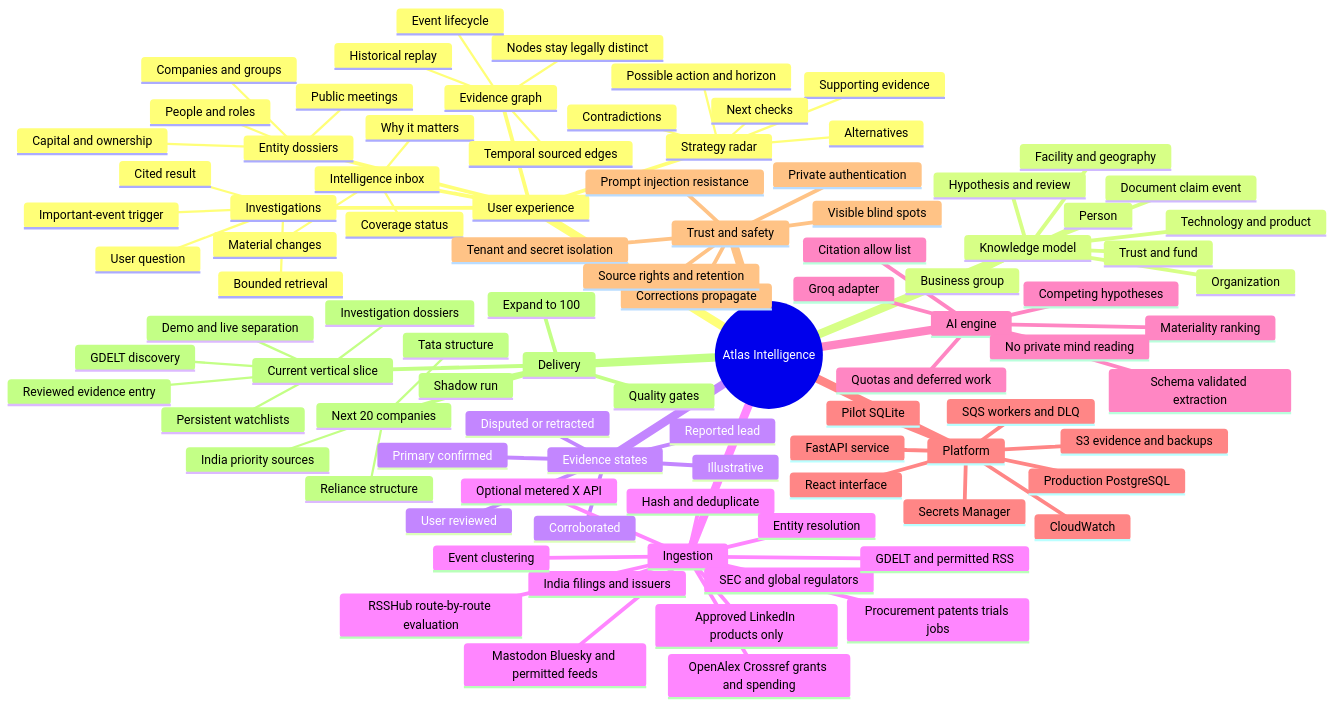
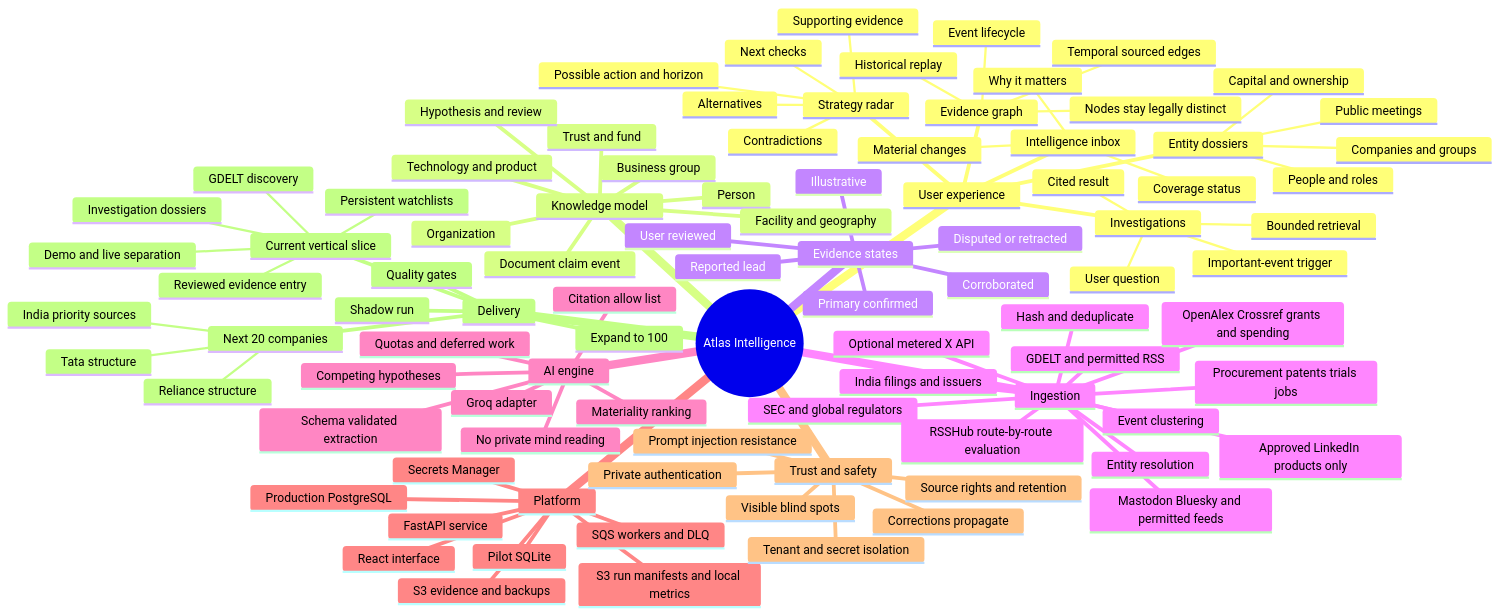
The first of 3 diagrams in docs/IMPLEMENTATION_MIND_MAP.md (techieguy-kartik/mind-map), drawn with Mermaid before and after one commit. The commit also changed 28 other files, not shown here.

Commit message:
Upgrade Atlas durable AWS agent architecture

```diff
--- a/docs/IMPLEMENTATION_MIND_MAP.md
+++ b/docs/IMPLEMENTATION_MIND_MAP.md
@@ -76,7 +76,7 @@
       SQS workers and DLQ
       S3 evidence and backups
       Secrets Manager
-      CloudWatch
+      S3 run manifests and local metrics
     Trust and safety
       Private authentication
       Tenant and secret isolation
```
